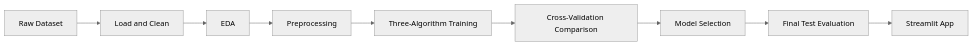
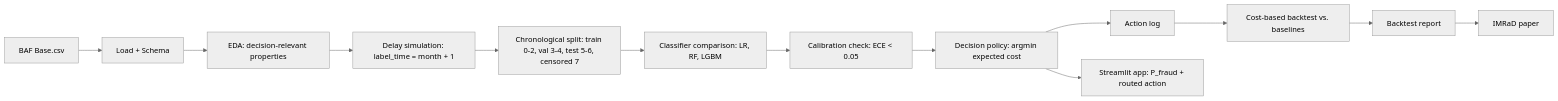
Before and after one commit to kira-ml/delayed-label-fraud-decisioning: the diagram in docs/problem_framing.md, drawn with Mermaid (neutral theme). The commit also changed other lines of this file and 33 other files, not shown here.

````diff
--- a/docs/problem_framing.md
+++ b/docs/problem_framing.md
@@ -198,11 +285,15 @@
 ```mermaid
 flowchart LR
-    A[Raw Dataset] --> B[Load and Clean]
-    B --> C[EDA]
-    C --> D[Preprocessing]
-    D --> E[Three-Algorithm Training]
-    E --> F[Cross-Validation Comparison]
-    F --> G[Model Selection]
-    G --> H[Final Test Evaluation]
-    H --> I[Streamlit App]
+    A[BAF Base.csv] --> B[Load + Schema]
+    B --> C[EDA: decision-relevant properties]
+    C --> D[Delay simulation: label_time = month + 1]
+    D --> E[Chronological split: train 0-2, val 3-4, test 5-6, censored 7]
+    E --> F[Classifier comparison: LR, RF, LGBM]
+    F --> G[Calibration check: ECE < 0.05]
+    G --> H[Decision policy: argmin expected cost]
+    H --> I[Action log]
+    I --> J[Cost-based backtest vs. baselines]
+    J --> K[Backtest report]
+    H --> L[Streamlit app: P_fraud + routed action]
+    K --> M[IMRaD paper]
 ```
````
